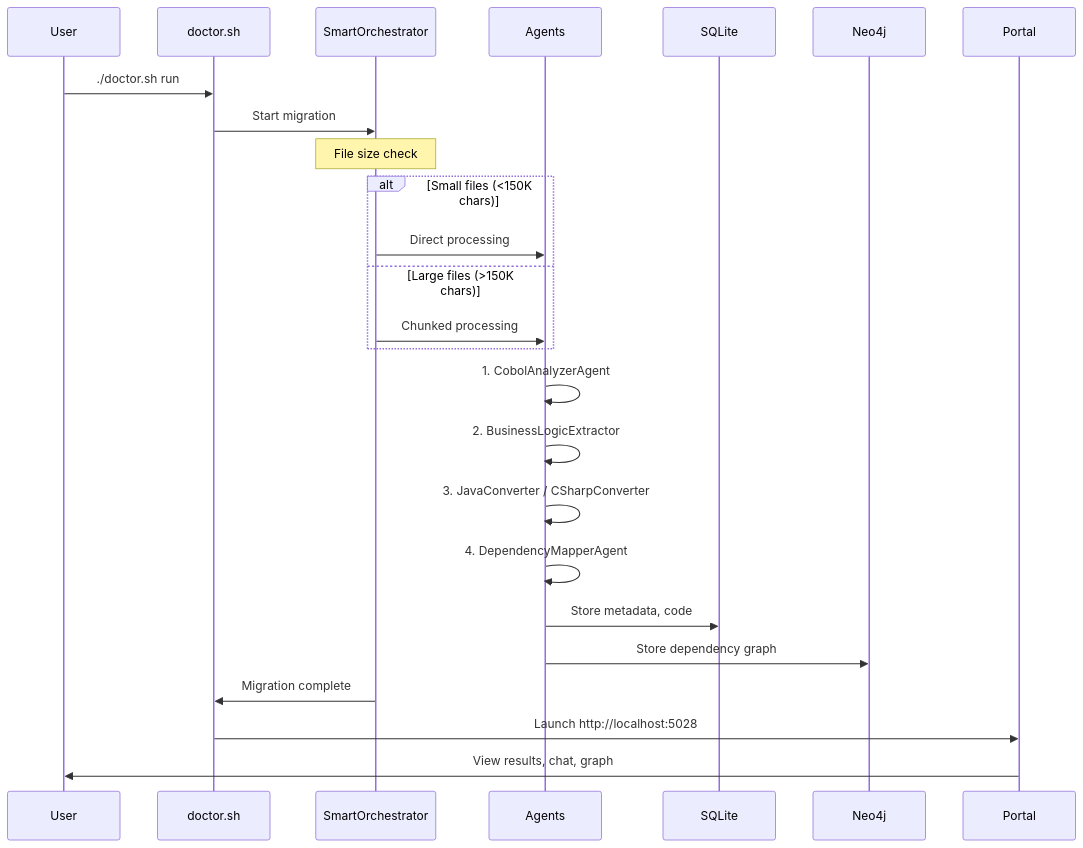
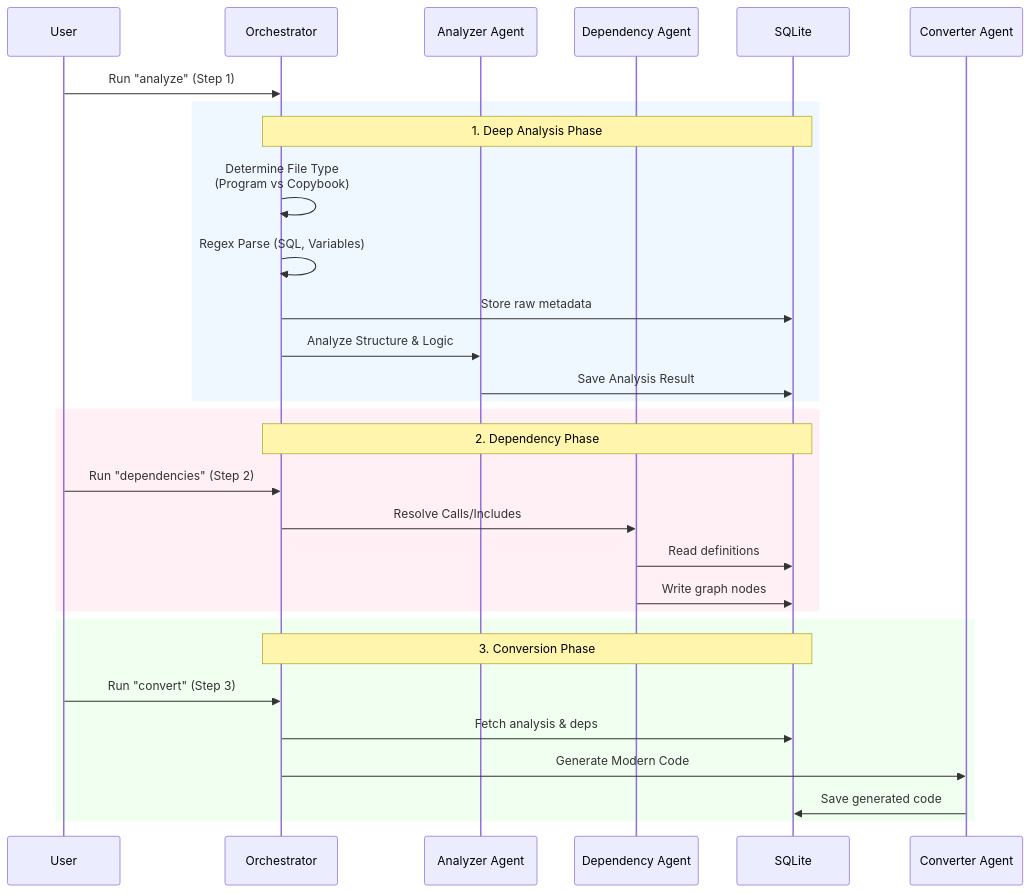
One commit to Azure-Samples/Legacy-Modernization-Agents changed the second of 5 diagrams in README.md. Above: the diagram before and after it, drawn with Mermaid. The commit also changed other lines of this file and 53 other files, not shown here.

````diff
--- a/README.md
+++ b/README.md
@@ -495,33 +511,36 @@
 ```mermaid
 sequenceDiagram
-    participant User
-    participant doctor.sh
-    participant SmartOrchestrator
-    participant Agents
-    participant SQLite
-    participant Neo4j
-    participant Portal
+    participant U as User
+    participant O as Orchestrator
+    participant AA as Analyzer Agent
+    participant DA as Dependency Agent
+    participant SQ as SQLite
+    participant CA as Converter Agent
 
-    User->>doctor.sh: ./doctor.sh run
-    doctor.sh->>SmartOrchestrator: Start migration
+    U->>O: Run "analyze" (Step 1)
     
-    Note over SmartOrchestrator: File size check
-    
-    alt Small files (<150K chars)
-        SmartOrchestrator->>Agents: Direct processing
-    else Large files (>150K chars)
-        SmartOrchestrator->>Agents: Chunked processing
+    rect rgb(240, 248, 255)
+        Note over O, SQ: 1. Deep Analysis Phase
+        O->>O: Determine File Type<br/>(Program vs Copybook)
+        O->>O: Regex Parse (SQL, Variables)
+        O->>SQ: Store raw metadata
+        O->>AA: Analyze Structure & Logic
+        AA->>SQ: Save Analysis Result
     end
     
-    Agents->>Agents: 1. CobolAnalyzerAgent
-    Agents->>Agents: 2. BusinessLogicExtractor
-    Agents->>Agents: 3. JavaConverter / CSharpConverter
-    Agents->>Agents: 4. DependencyMapperAgent
-    
-    Agents->>SQLite: Store metadata, code
-    Agents->>Neo4j: Store dependency graph
-    
-    SmartOrchestrator->>doctor.sh: Migration complete
-    doctor.sh->>Portal: Launch http://localhost:5028
-    Portal->>User: View results, chat, graph
+    rect rgb(255, 240, 245)
+        Note over O, SQ: 2. Dependency Phase
+        U->>O: Run "dependencies" (Step 2)
+        O->>DA: Resolve Calls/Includes
+        DA->>SQ: Read definitions
+        DA->>SQ: Write graph nodes
+    end
+
+    rect rgb(240, 255, 240)
+        Note over O, SQ: 3. Conversion Phase
+        U->>O: Run "convert" (Step 3)
+        O->>SQ: Fetch analysis & deps
+        O->>CA: Generate Modern Code
+        CA->>SQ: Save generated code
+    end
 ```
````
